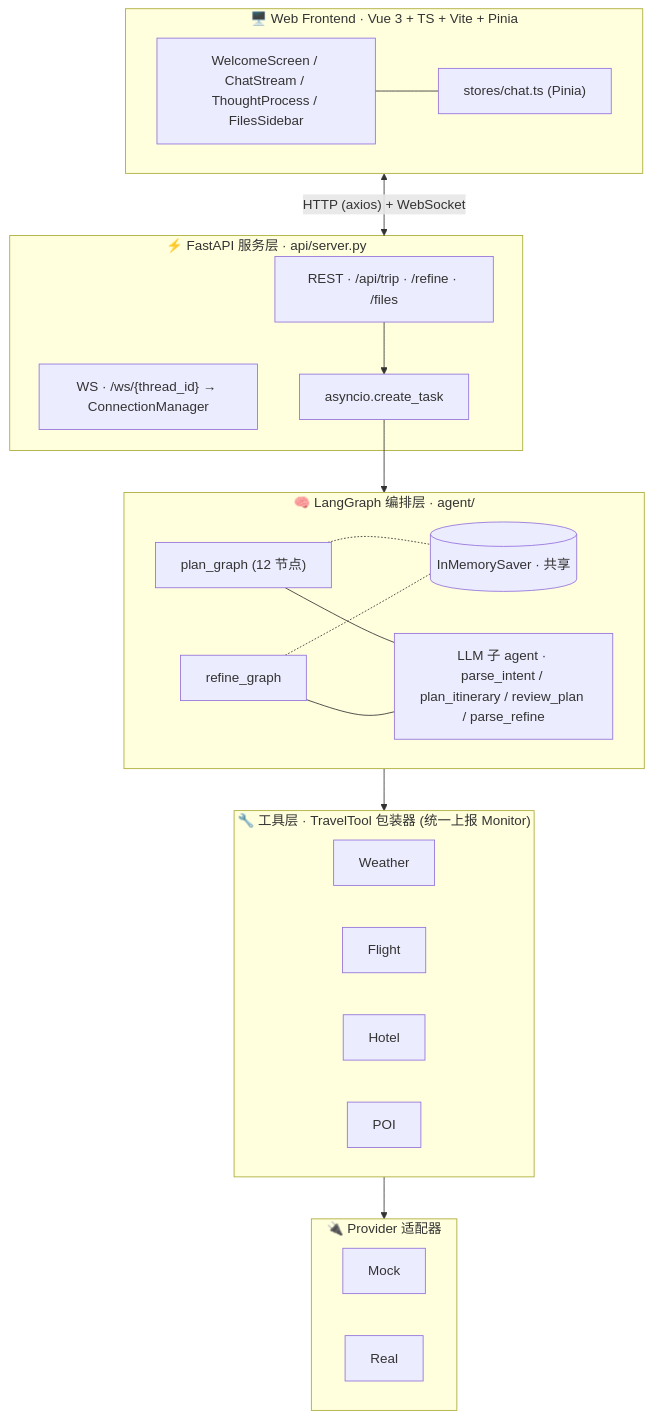
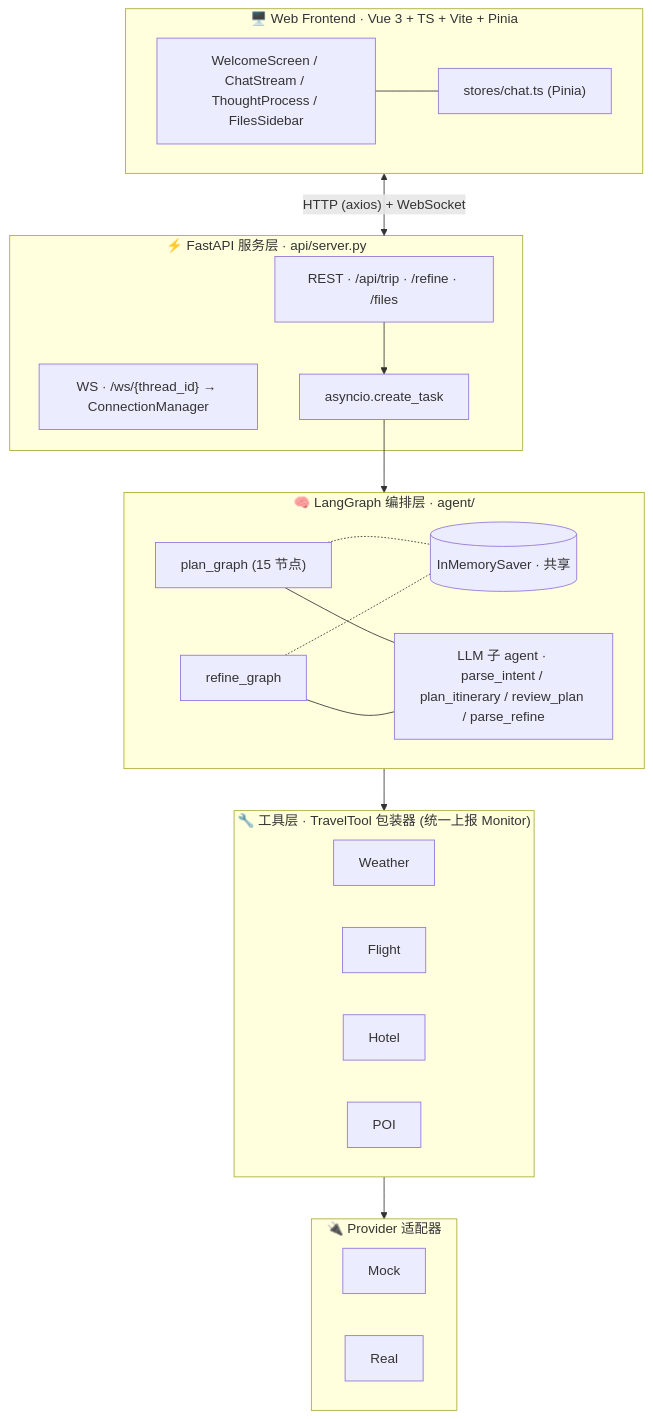
One commit to isJoker/TravelPlanningAgent changed the first of 9 diagrams in README.md. Above: the diagram before and after it, drawn with Mermaid. The commit also changed other lines of this file and 1 other file, not shown here.

````diff
--- a/README.md
+++ b/README.md
@@ -78,43 +78,43 @@
 ```mermaid
 flowchart TB
     subgraph FE["🖥️ Web Frontend · Vue 3 + TS + Vite + Pinia"]
         FUI["WelcomeScreen / ChatStream / ThoughtProcess / FilesSidebar"]
         FStore["stores/chat.ts (Pinia)"]
         FUI --- FStore
     end
 
     subgraph API["⚡ FastAPI 服务层 · api/server.py"]
         REST["REST · /api/trip · /refine · /files"]
         WSE["WS · /ws/{thread_id} → ConnectionManager"]
         Task["asyncio.create_task"]
         REST --> Task
     end
 
     subgraph AG["🧠 LangGraph 编排层 · agent/"]
-        PG["plan_graph (12 节点)"]
+        PG["plan_graph (15 节点)"]
         RG["refine_graph"]
         Saver[("InMemorySaver · 共享")]
         Subs["LLM 子 agent · parse_intent / plan_itinerary / review_plan / parse_refine"]
         PG -.- Saver
         RG -.- Saver
         PG --- Subs
         RG --- Subs
     end
 
     subgraph TL["🔧 工具层 · TravelTool 包装器 (统一上报 Monitor)"]
         TW[Weather]
         TF[Flight]
         TH[Hotel]
         TP[POI]
     end
 
     subgraph PV["🔌 Provider 适配器"]
         Mock["Mock"]
         Real["Real"]
     end
 
     FE <-->|"HTTP (axios) + WebSocket"| API
     Task --> AG
     AG --> TL
     TL --> PV
 ```
````
